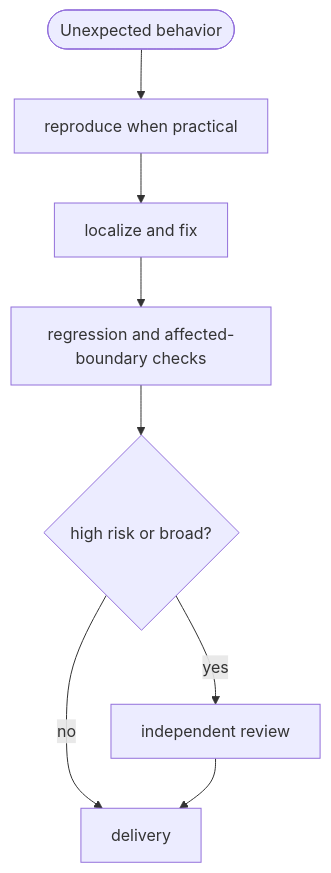
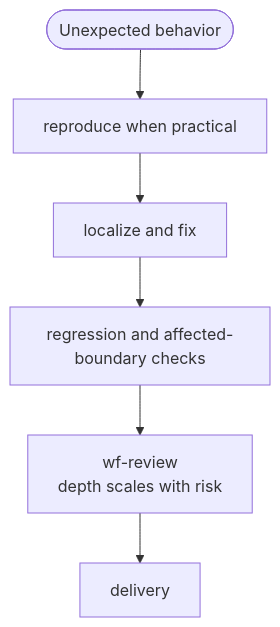
The third of 5 diagrams in plugins/agentic-engineering/FLOWS.md (Life-With-Data/agentic-engineering), drawn with Mermaid before and after one commit. The commit also changed other lines of this file and 10 other files, not shown here.

First line of the commit message:
fix(workflow): make wf-review a mandatory hop before delivery (#438)

````diff
--- a/plugins/agentic-engineering/FLOWS.md
+++ b/plugins/agentic-engineering/FLOWS.md
@@ -38,10 +40,8 @@
 ```mermaid
 flowchart TD
     report([Unexpected behavior]) --> evidence["reproduce when practical"]
     evidence --> D["localize and fix"]
     D --> verify["regression and affected-boundary checks"]
-    verify --> risk{"high risk or broad?"}
-    risk -->|yes| R["independent review"]
-    risk -->|no| L["delivery"]
-    R --> L
+    verify --> R["wf-review<br/>depth scales with risk"]
+    R --> L["delivery"]
 ```
````
